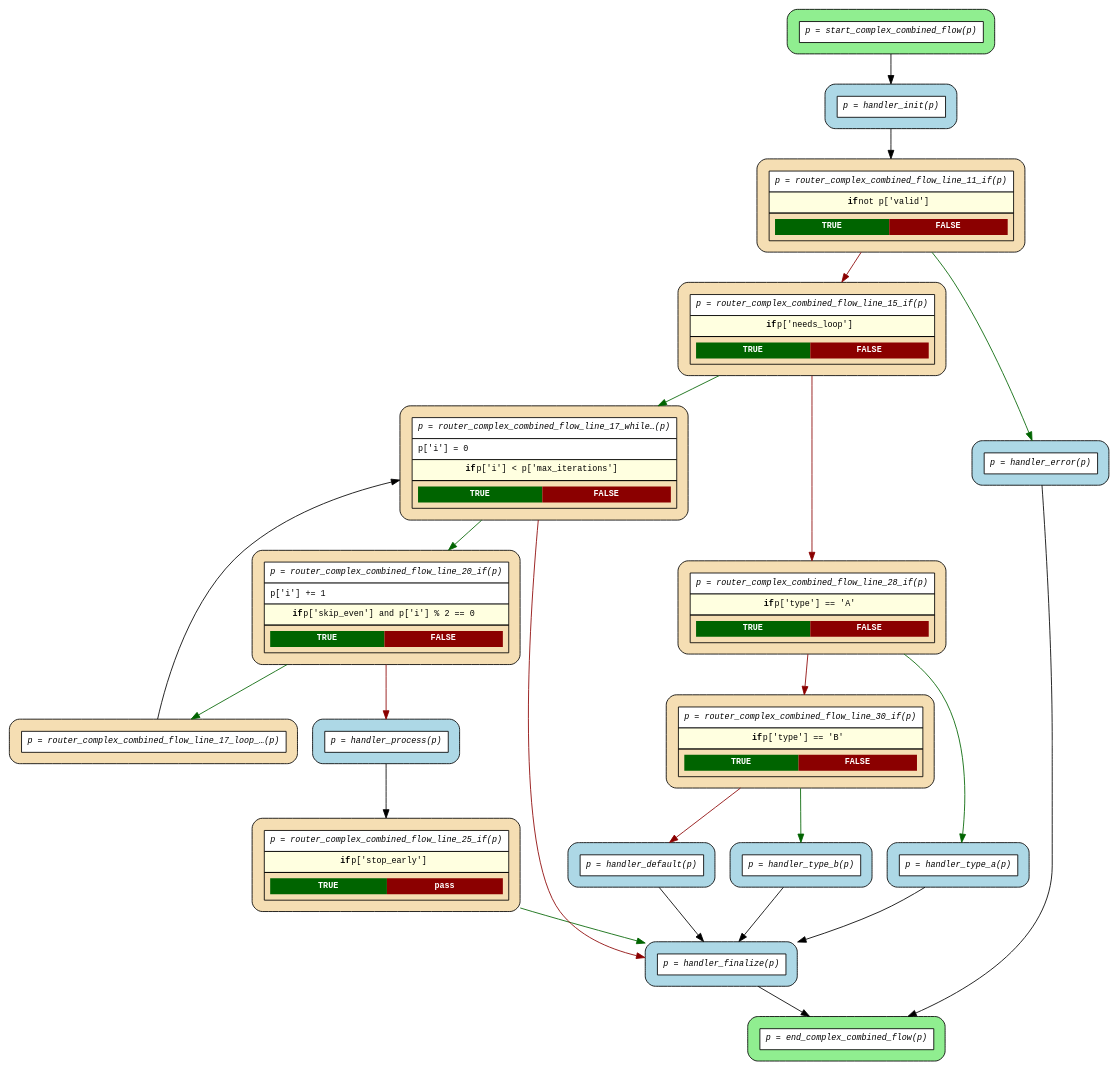
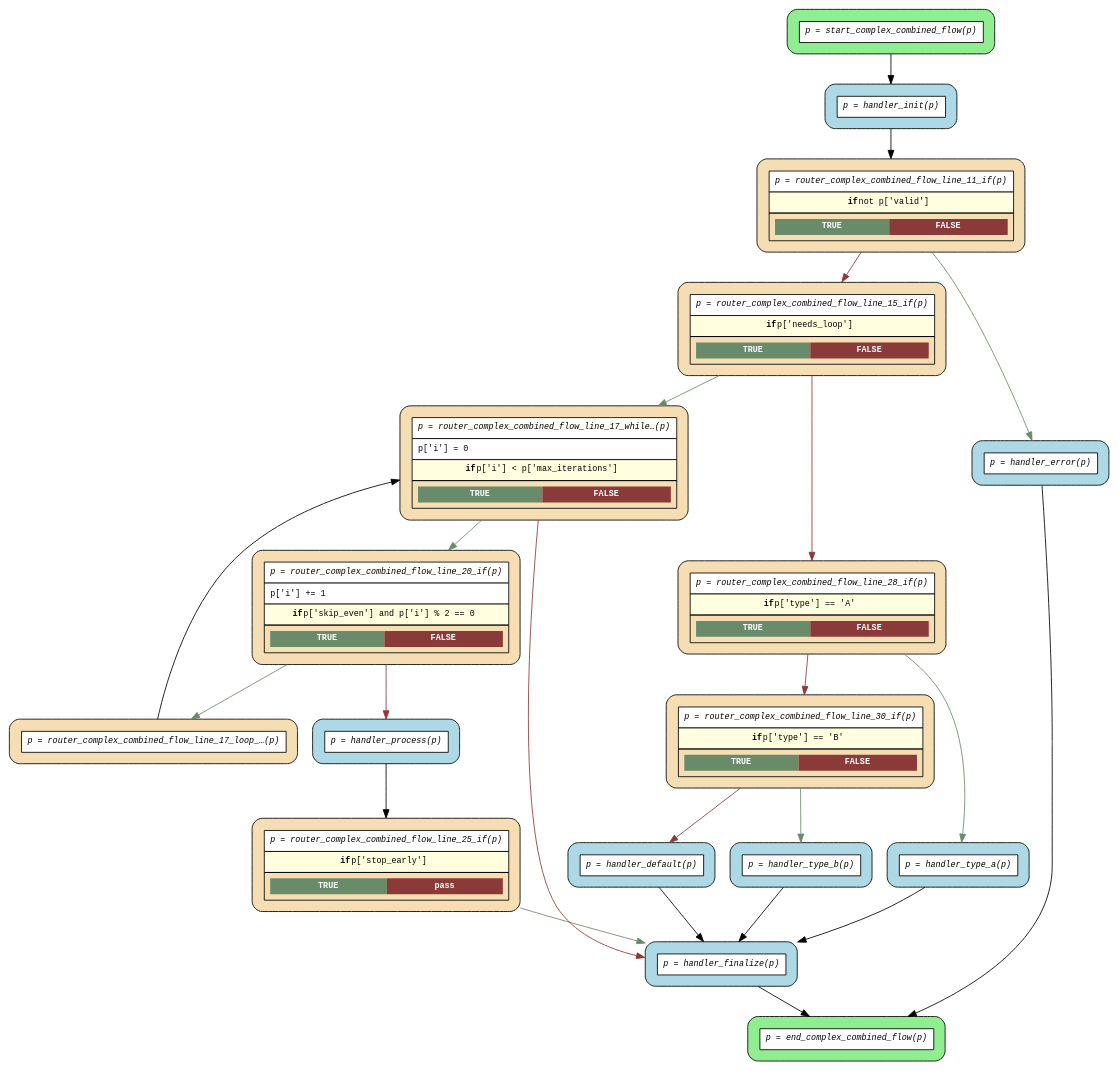
Before and after one commit to mrhillsman-enterprise-ai/asya: the diagram in examples/flows/compiled/complex_combined/flow.dot, drawn with Graphviz. The commit also changed 83 other files, not shown here.

First line of the commit message:
feat(flow): add try-except-finally support to Flow DSL compiler (#185)

```diff
--- a/examples/flows/compiled/complex_combined/flow.dot
+++ b/examples/flows/compiled/complex_combined/flow.dot
@@ -1,47 +1,47 @@
 digraph flow {
   rankdir=TB;
   graph [fontname="Courier", fontsize=10];
   node [fontname="Courier", fontsize=10, shape=box, style="filled,rounded", margin="0.2"];
   edge [fontname="Courier", fontsize=10];
 
   start_complex_combined_flow [fillcolor="lightgreen", label=<<table border="0" cellspacing="0" cellpadding="6" cellborder="1"><tr><td bgcolor="white" align="center"><i>p = start_complex_combined_flow(p)</i></td></tr></table>>];
-  router_complex_combined_flow_line_25_if [fillcolor="wheat", label=<<table border="0" cellspacing="0" cellpadding="6" cellborder="1"><tr><td bgcolor="white" align="center"><i>p = router_complex_combined_flow_line_25_if(p)</i></td></tr><tr><td bgcolor="lightyellow"><b>if</b> p['stop_early']</td></tr><tr><td><table border="0" cellspacing="0" cellpadding="4"><tr><td bgcolor="darkgreen"><font color="white"><b>TRUE</b></font></td><td bgcolor="darkred"><font color="white"><b>pass</b></font></td></tr></table></td></tr></table>>];
-  router_complex_combined_flow_line_20_if [fillcolor="wheat", label=<<table border="0" cellspacing="0" cellpadding="6" cellborder="1"><tr><td bgcolor="white" align="center"><i>p = router_complex_combined_flow_line_20_if(p)</i></td></tr><tr><td bgcolor="white" align="left">p['i'] += 1</td></tr><tr><td bgcolor="lightyellow"><b>if</b> p['skip_even'] and p['i'] % 2 == 0</td></tr><tr><td><table border="0" cellspacing="0" cellpadding="4"><tr><td bgcolor="darkgreen"><font color="white"><b>TRUE</b></font></td><td bgcolor="darkred"><font color="white"><b>FALSE</b></font></td></tr></table></td></tr></table>>];
+  router_complex_combined_flow_line_25_if [fillcolor="wheat", label=<<table border="0" cellspacing="0" cellpadding="6" cellborder="1"><tr><td bgcolor="white" align="center"><i>p = router_complex_combined_flow_line_25_if(p)</i></td></tr><tr><td bgcolor="lightyellow"><b>if</b> p['stop_early']</td></tr><tr><td><table border="0" cellspacing="0" cellpadding="4"><tr><td bgcolor="darkseagreen4"><font color="white"><b>TRUE</b></font></td><td bgcolor="indianred4"><font color="white"><b>pass</b></font></td></tr></table></td></tr></table>>];
+  router_complex_combined_flow_line_20_if [fillcolor="wheat", label=<<table border="0" cellspacing="0" cellpadding="6" cellborder="1"><tr><td bgcolor="white" align="center"><i>p = router_complex_combined_flow_line_20_if(p)</i></td></tr><tr><td bgcolor="white" align="left">p['i'] += 1</td></tr><tr><td bgcolor="lightyellow"><b>if</b> p['skip_even'] and p['i'] % 2 == 0</td></tr><tr><td><table border="0" cellspacing="0" cellpadding="4"><tr><td bgcolor="darkseagreen4"><font color="white"><b>TRUE</b></font></td><td bgcolor="indianred4"><font color="white"><b>FALSE</b></font></td></tr></table></td></tr></table>>];
   router_complex_combined_flow_line_17_loop_back_0 [fillcolor="wheat", label=<<table border="0" cellspacing="0" cellpadding="6" cellborder="1"><tr><td bgcolor="white" align="center"><i>p = router_complex_combined_flow_line_17_loop_…(p)</i></td></tr></table>>];
-  router_complex_combined_flow_line_17_while_0 [fillcolor="wheat", label=<<table border="0" cellspacing="0" cellpadding="6" cellborder="1"><tr><td bgcolor="white" align="center"><i>p = router_complex_combined_flow_line_17_while…(p)</i></td></tr><tr><td bgcolor="white" align="left">p['i'] = 0</td></tr><tr><td bgcolor="lightyellow"><b>if</b> p['i'] &lt; p['max_iterations']</td></tr><tr><td><table border="0" cellspacing="0" cellpadding="4"><tr><td bgcolor="darkgreen"><font color="white"><b>TRUE</b></font></td><td bgcolor="darkred"><font color="white"><b>FALSE</b></font></td></tr></table></td></tr></table>>];
-  router_complex_combined_flow_line_30_if [fillcolor="wheat", label=<<table border="0" cellspacing="0" cellpadding="6" cellborder="1"><tr><td bgcolor="white" align="center"><i>p = router_complex_combined_flow_line_30_if(p)</i></td></tr><tr><td bgcolor="lightyellow"><b>if</b> p['type'] == 'B'</td></tr><tr><td><table border="0" cellspacing="0" cellpadding="4"><tr><td bgcolor="darkgreen"><font color="white"><b>TRUE</b></font></td><td bgcolor="darkred"><font color="white"><b>FALSE</b></font></td></tr></table></td></tr></table>>];
-  router_complex_combined_flow_line_28_if [fillcolor="wheat", label=<<table border="0" cellspacing="0" cellpadding="6" cellborder="1"><tr><td bgcolor="white" align="center"><i>p = router_complex_combined_flow_line_28_if(p)</i></td></tr><tr><td bgcolor="lightyellow"><b>if</b> p['type'] == 'A'</td></tr><tr><td><table border="0" cellspacing="0" cellpadding="4"><tr><td bgcolor="darkgreen"><font color="white"><b>TRUE</b></font></td><td bgcolor="darkred"><font color="white"><b>FALSE</b></font></td></tr></table></td></tr></table>>];
-  router_complex_combined_flow_line_15_if [fillcolor="wheat", label=<<table border="0" cellspacing="0" cellpadding="6" cellborder="1"><tr><td bgcolor="white" align="center"><i>p = router_complex_combined_flow_line_15_if(p)</i></td></tr><tr><td bgcolor="lightyellow"><b>if</b> p['needs_loop']</td></tr><tr><td><table border="0" cellspacing="0" cellpadding="4"><tr><td bgcolor="darkgreen"><font color="white"><b>TRUE</b></font></td><td bgcolor="darkred"><font color="white"><b>FALSE</b></font></td></tr></table></td></tr></table>>];
-  router_complex_combined_flow_line_11_if [fillcolor="wheat", label=<<table border="0" cellspacing="0" cellpadding="6" cellborder="1"><tr><td bgcolor="white" align="center"><i>p = router_complex_combined_flow_line_11_if(p)</i></td></tr><tr><td bgcolor="lightyellow"><b>if</b> not p['valid']</td></tr><tr><td><table border="0" cellspacing="0" cellpadding="4"><tr><td bgcolor="darkgreen"><font color="white"><b>TRUE</b></font></td><td bgcolor="darkred"><font color="white"><b>FALSE</b></font></td></tr></table></td></tr></table>>];
+  router_complex_combined_flow_line_17_while_0 [fillcolor="wheat", label=<<table border="0" cellspacing="0" cellpadding="6" cellborder="1"><tr><td bgcolor="white" align="center"><i>p = router_complex_combined_flow_line_17_while…(p)</i></td></tr><tr><td bgcolor="white" align="left">p['i'] = 0</td></tr><tr><td bgcolor="lightyellow"><b>if</b> p['i'] &lt; p['max_iterations']</td></tr><tr><td><table border="0" cellspacing="0" cellpadding="4"><tr><td bgcolor="darkseagreen4"><font color="white"><b>TRUE</b></font></td><td bgcolor="indianred4"><font color="white"><b>FALSE</b></font></td></tr></table></td></tr></table>>];
+  router_complex_combined_flow_line_30_if [fillcolor="wheat", label=<<table border="0" cellspacing="0" cellpadding="6" cellborder="1"><tr><td bgcolor="white" align="center"><i>p = router_complex_combined_flow_line_30_if(p)</i></td></tr><tr><td bgcolor="lightyellow"><b>if</b> p['type'] == 'B'</td></tr><tr><td><table border="0" cellspacing="0" cellpadding="4"><tr><td bgcolor="darkseagreen4"><font color="white"><b>TRUE</b></font></td><td bgcolor="indianred4"><font color="white"><b>FALSE</b></font></td></tr></table></td></tr></table>>];
+  router_complex_combined_flow_line_28_if [fillcolor="wheat", label=<<table border="0" cellspacing="0" cellpadding="6" cellborder="1"><tr><td bgcolor="white" align="center"><i>p = router_complex_combined_flow_line_28_if(p)</i></td></tr><tr><td bgcolor="lightyellow"><b>if</b> p['type'] == 'A'</td></tr><tr><td><table border="0" cellspacing="0" cellpadding="4"><tr><td bgcolor="darkseagreen4"><font color="white"><b>TRUE</b></font></td><td bgcolor="indianred4"><font color="white"><b>FALSE</b></font></td></tr></table></td></tr></table>>];
+  router_complex_combined_flow_line_15_if [fillcolor="wheat", label=<<table border="0" cellspacing="0" cellpadding="6" cellborder="1"><tr><td bgcolor="white" align="center"><i>p = router_complex_combined_flow_line_15_if(p)</i></td></tr><tr><td bgcolor="lightyellow"><b>if</b> p['needs_loop']</td></tr><tr><td><table border="0" cellspacing="0" cellpadding="4"><tr><td bgcolor="darkseagreen4"><font color="white"><b>TRUE</b></font></td><td bgcolor="indianred4"><font color="white"><b>FALSE</b></font></td></tr></table></td></tr></table>>];
+  router_complex_combined_flow_line_11_if [fillcolor="wheat", label=<<table border="0" cellspacing="0" cellpadding="6" cellborder="1"><tr><td bgcolor="white" align="center"><i>p = router_complex_combined_flow_line_11_if(p)</i></td></tr><tr><td bgcolor="lightyellow"><b>if</b> not p['valid']</td></tr><tr><td><table border="0" cellspacing="0" cellpadding="4"><tr><td bgcolor="darkseagreen4"><font color="white"><b>TRUE</b></font></td><td bgcolor="indianred4"><font color="white"><b>FALSE</b></font></td></tr></table></td></tr></table>>];
   end_complex_combined_flow [fillcolor="lightgreen", label=<<table border="0" cellspacing="0" cellpadding="6" cellborder="1"><tr><td bgcolor="white" align="center"><i>p = end_complex_combined_flow(p)</i></td></tr></table>>];
   handler_default [fillcolor="lightblue", label=<<table border="0" cellspacing="0" cellpadding="6" cellborder="1"><tr><td bgcolor="white" align="center"><i>p = handler_default(p)</i></td></tr></table>>];
   handler_error [fillcolor="lightblue", label=<<table border="0" cellspacing="0" cellpadding="6" cellborder="1"><tr><td bgcolor="white" align="center"><i>p = handler_error(p)</i></td></tr></table>>];
   handler_finalize [fillcolor="lightblue", label=<<table border="0" cellspacing="0" cellpadding="6" cellborder="1"><tr><td bgcolor="white" align="center"><i>p = handler_finalize(p)</i></td></tr></table>>];
   handler_init [fillcolor="lightblue", label=<<table border="0" cellspacing="0" cellpadding="6" cellborder="1"><tr><td bgcolor="white" align="center"><i>p = handler_init(p)</i></td></tr></table>>];
   handler_process [fillcolor="lightblue", label=<<table border="0" cellspacing="0" cellpadding="6" cellborder="1"><tr><td bgcolor="white" align="center"><i>p = handler_process(p)</i></td></tr></table>>];
   handler_type_a [fillcolor="lightblue", label=<<table border="0" cellspacing="0" cellpadding="6" cellborder="1"><tr><td bgcolor="white" align="center"><i>p = handler_type_a(p)</i></td></tr></table>>];
   handler_type_b [fillcolor="lightblue", label=<<table border="0" cellspacing="0" cellpadding="6" cellborder="1"><tr><td bgcolor="white" align="center"><i>p = handler_type_b(p)</i></td></tr></table>>];
 
   handler_default -> handler_finalize;
   handler_error -> end_complex_combined_flow;
   handler_finalize -> end_complex_combined_flow;
   handler_init -> router_complex_combined_flow_line_11_if;
   handler_process -> router_complex_combined_flow_line_25_if;
   handler_type_a -> handler_finalize;
   handler_type_b -> handler_finalize;
-  router_complex_combined_flow_line_11_if -> handler_error [color=darkgreen];
-  router_complex_combined_flow_line_11_if -> router_complex_combined_flow_line_15_if [color=darkred];
-  router_complex_combined_flow_line_15_if -> router_complex_combined_flow_line_17_while_0 [color=darkgreen];
-  router_complex_combined_flow_line_15_if -> router_complex_combined_flow_line_28_if [color=darkred];
+  router_complex_combined_flow_line_11_if -> handler_error [color=darkseagreen4];
+  router_complex_combined_flow_line_11_if -> router_complex_combined_flow_line_15_if [color=indianred4];
+  router_complex_combined_flow_line_15_if -> router_complex_combined_flow_line_17_while_0 [color=darkseagreen4];
+  router_complex_combined_flow_line_15_if -> router_complex_combined_flow_line_28_if [color=indianred4];
   router_complex_combined_flow_line_17_loop_back_0 -> router_complex_combined_flow_line_17_while_0 [constraint=false];
-  router_complex_combined_flow_line_17_while_0 -> handler_finalize [color=darkred];
-  router_complex_combined_flow_line_17_while_0 -> router_complex_combined_flow_line_20_if [color=darkgreen];
-  router_complex_combined_flow_line_20_if -> handler_process [color=darkred];
-  router_complex_combined_flow_line_20_if -> router_complex_combined_flow_line_17_loop_back_0 [color=darkgreen];
-  router_complex_combined_flow_line_25_if -> handler_finalize [color=darkgreen];
-  router_complex_combined_flow_line_28_if -> handler_type_a [color=darkgreen];
-  router_complex_combined_flow_line_28_if -> router_complex_combined_flow_line_30_if [color=darkred];
-  router_complex_combined_flow_line_30_if -> handler_default [color=darkred];
-  router_complex_combined_flow_line_30_if -> handler_type_b [color=darkgreen];
+  router_complex_combined_flow_line_17_while_0 -> handler_finalize [color=indianred4];
+  router_complex_combined_flow_line_17_while_0 -> router_complex_combined_flow_line_20_if [color=darkseagreen4];
+  router_complex_combined_flow_line_20_if -> handler_process [color=indianred4];
+  router_complex_combined_flow_line_20_if -> router_complex_combined_flow_line_17_loop_back_0 [color=darkseagreen4];
+  router_complex_combined_flow_line_25_if -> handler_finalize [color=darkseagreen4];
+  router_complex_combined_flow_line_28_if -> handler_type_a [color=darkseagreen4];
+  router_complex_combined_flow_line_28_if -> router_complex_combined_flow_line_30_if [color=indianred4];
+  router_complex_combined_flow_line_30_if -> handler_default [color=indianred4];
+  router_complex_combined_flow_line_30_if -> handler_type_b [color=darkseagreen4];
   start_complex_combined_flow -> handler_init;
 }
```
